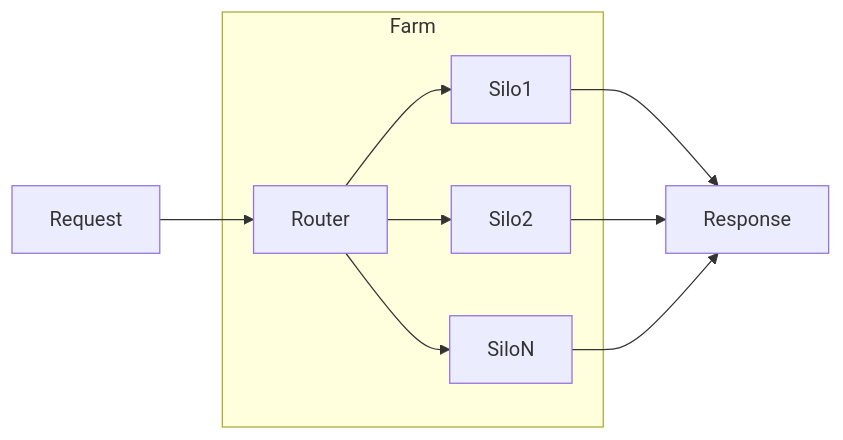
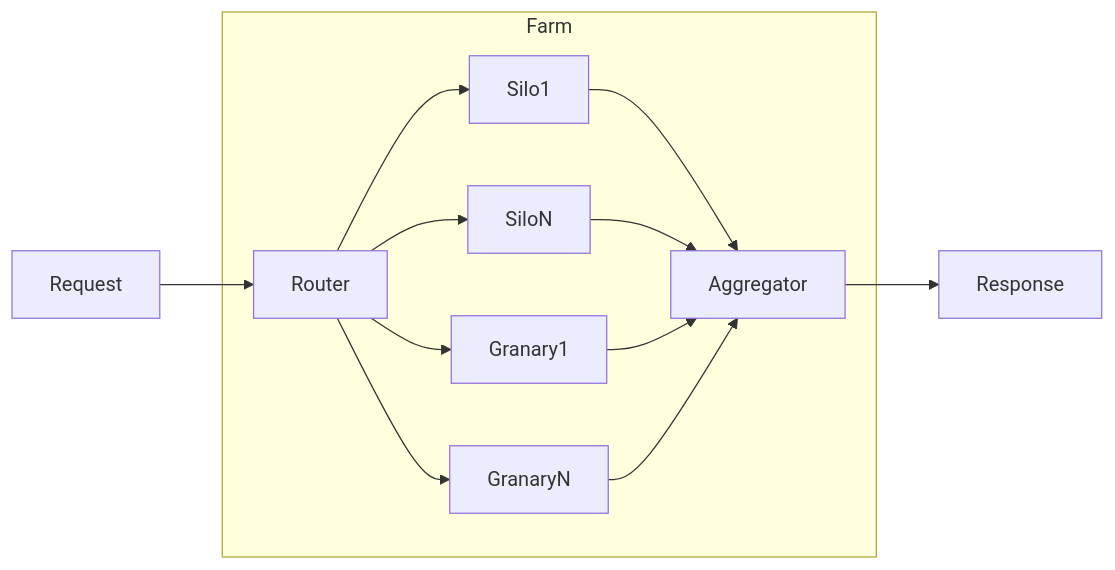
Before and after one commit to dRAGon-Okinawa/docs: the diagram in docs/about-dragon/glossary/whats-a-farm.md, drawn with Mermaid.

Commit message:
GITBOOK-34: No subject

````diff
--- a/docs/about-dragon/glossary/whats-a-farm.md
+++ b/docs/about-dragon/glossary/whats-a-farm.md
@@ -7,15 +7,18 @@
 ```mermaid
 flowchart LR
     Request-->Router
     subgraph farm1 [Farm]
         Router-->Silo1
-        Router-->Silo2
         Router-->SiloN
+        Router-->Granary1
+        Router-->GranaryN
+        Aggregator
         click Silo1 href "/about-dragon/glossary/whats-a-silo" "What's a Silo?"
-        click Silo2 href "/about-dragon/glossary/whats-a-silo" "What's a Silo?"
         click SiloN href "/about-dragon/glossary/whats-a-silo" "What's a Silo?"
     end
-    Silo1-->Response
-    Silo2-->Response
-    SiloN-->Response
+    Silo1-->Aggregator
+    SiloN-->Aggregator
+    Granary1-->Aggregator
+    GranaryN-->Aggregator
+    Aggregator-->Response
 ```
````
